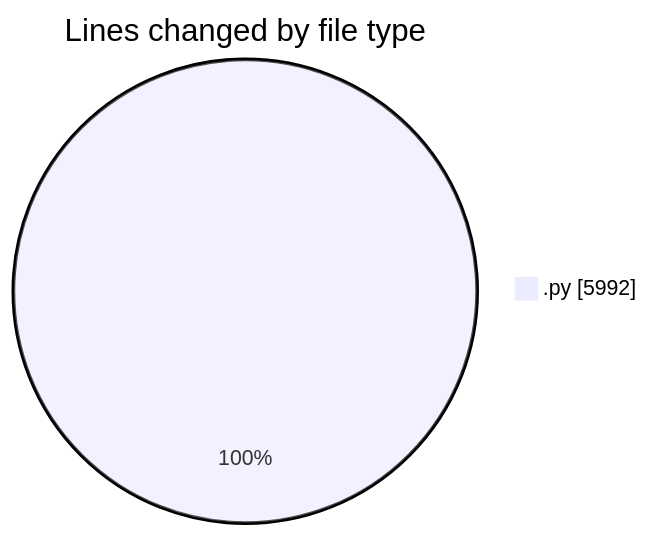
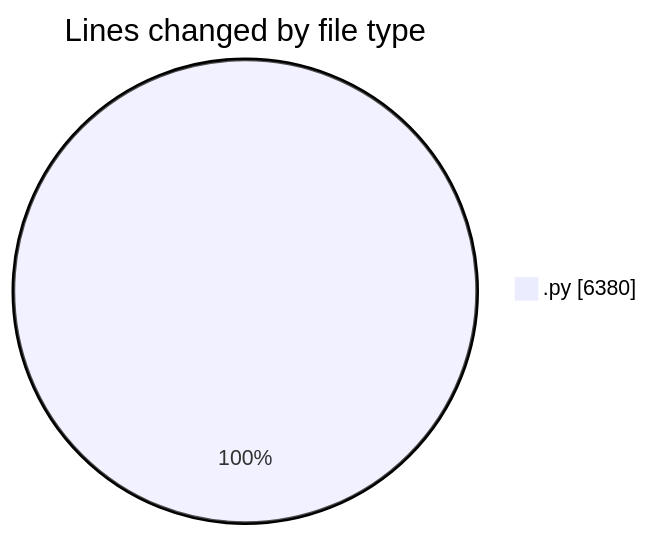
Before and after one commit to jrari/code-tracking: the first of 2 diagrams in 2025-07-14/telebot/README.md, drawn with Mermaid. The commit also changed other lines of this file and 1 other file, not shown here.

````diff
--- a/2025-07-14/telebot/README.md
+++ b/2025-07-14/telebot/README.md
@@ -27,5 +28,5 @@
 ```mermaid
 pie showData
 title Lines changed by file type
-".py" : 5992
+".py" : 6380
 ```
````
